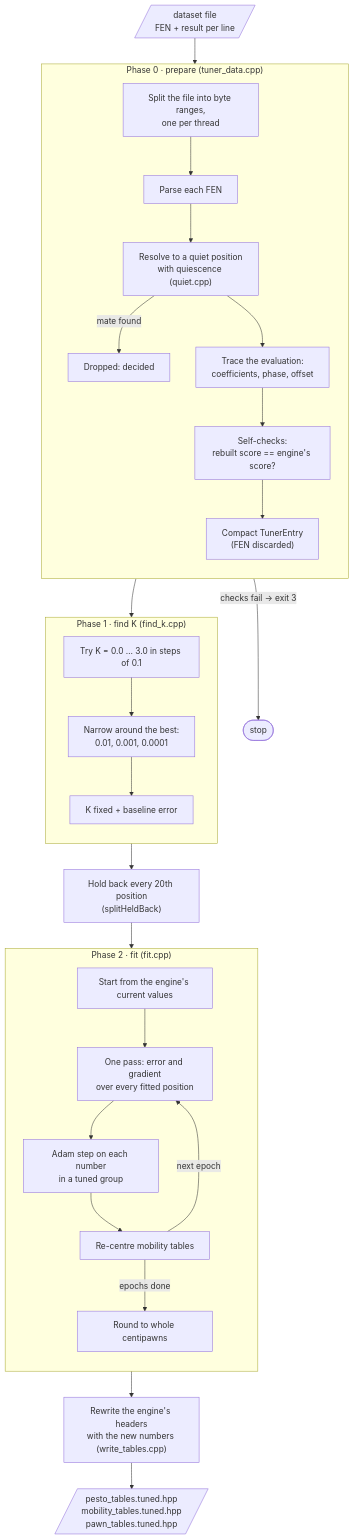
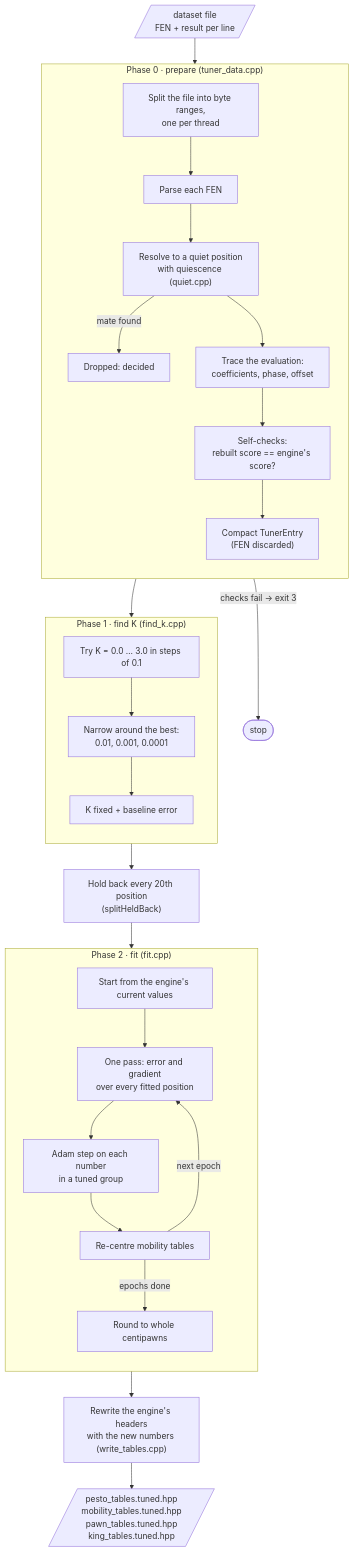
The third of 6 diagrams in tuner/README.md (looak/elephant), drawn with Mermaid before and after one commit. The commit also changed other lines of this file and 11 other files, not shown here.

First line of the commit message:
King shelter & pawn storm, tuned on E12.52 with the rest kept

````diff
--- a/tuner/README.md
+++ b/tuner/README.md
@@ -85,38 +86,38 @@
 ```mermaid
 flowchart TD
     A[/"dataset file<br/>FEN + result per line"/] --> P0
 
     subgraph P0["Phase 0 · prepare (tuner_data.cpp)"]
         direction TB
         P0a["Split the file into byte ranges,<br/>one per thread"] --> P0b["Parse each FEN"]
         P0b --> P0c["Resolve to a quiet position<br/>with quiescence (quiet.cpp)"]
         P0c -->|mate found| P0x["Dropped: decided"]
         P0c --> P0d["Trace the evaluation:<br/>coefficients, phase, offset"]
         P0d --> P0e["Self-checks:<br/>rebuilt score == engine's score?"]
         P0e --> P0f["Compact TunerEntry<br/>(FEN discarded)"]
     end
 
     P0 -->|"checks fail → exit 3"| X3(["stop"])
     P0 --> P1
 
     subgraph P1["Phase 1 · find K (find_k.cpp)"]
         direction TB
         P1a["Try K = 0.0 … 3.0 in steps of 0.1"] --> P1b["Narrow around the best:<br/>0.01, 0.001, 0.0001"]
         P1b --> P1c["K fixed + baseline error"]
     end
 
     P1 --> SPLIT["Hold back every 20th position<br/>(splitHeldBack)"]
     SPLIT --> P2
 
     subgraph P2["Phase 2 · fit (fit.cpp)"]
         direction TB
         P2a["Start from the engine's current values"] --> P2b["One pass: error and gradient<br/>over every fitted position"]
         P2b --> P2c["Adam step on each number<br/>in a tuned group"]
         P2c --> P2d["Re-centre mobility tables"]
         P2d -->|"next epoch"| P2b
         P2d -->|"epochs done"| P2e["Round to whole centipawns"]
     end
 
     P2 --> W["Rewrite the engine's headers<br/>with the new numbers (write_tables.cpp)"]
-    W --> O[/"pesto_tables.tuned.hpp<br/>mobility_tables.tuned.hpp<br/>pawn_tables.tuned.hpp"/]
+    W --> O[/"pesto_tables.tuned.hpp<br/>mobility_tables.tuned.hpp<br/>pawn_tables.tuned.hpp<br/>king_tables.tuned.hpp"/]
 ```
````
